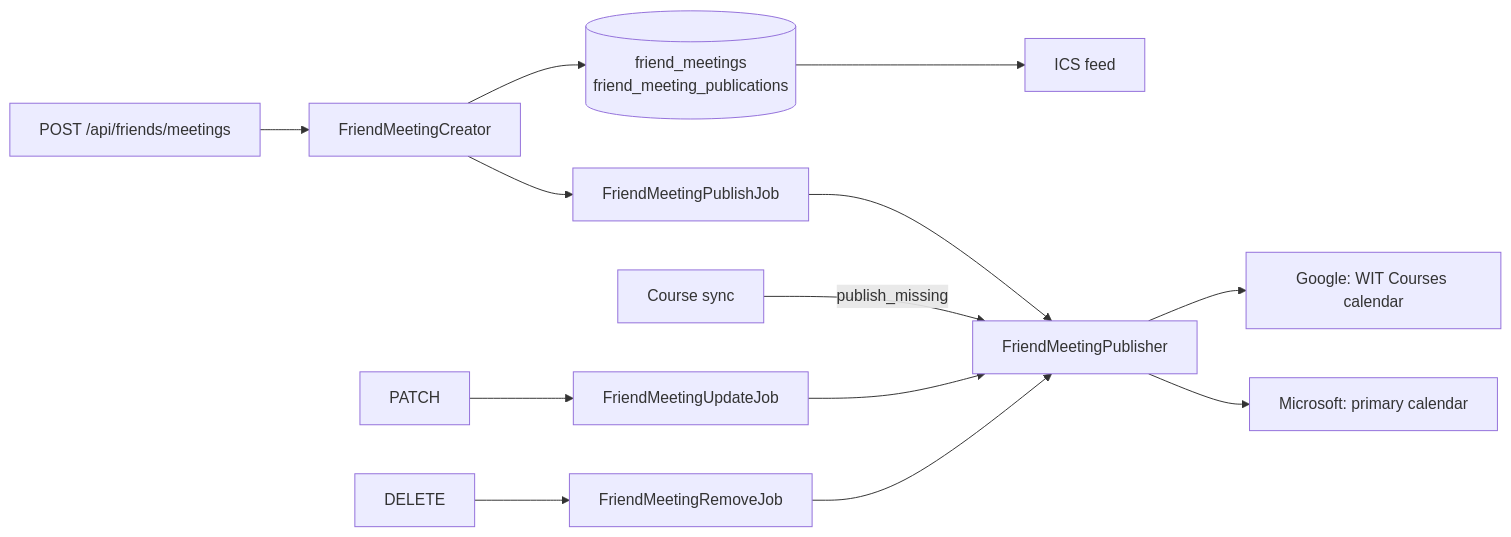
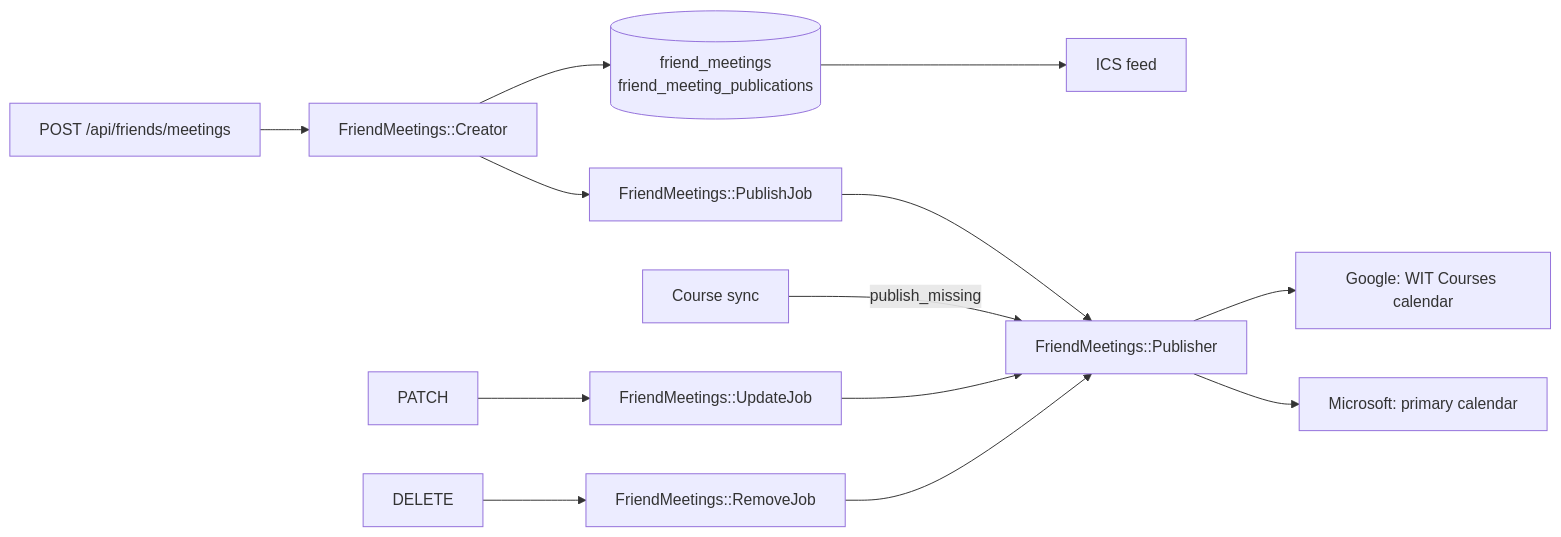
One commit to WITCodingClub/calendar-backend changed the diagram in docs/friend-meetings.md. Above: the diagram before and after it, drawn with Mermaid. The commit also changed other lines of this file and 56 other files, not shown here.

Commit message:
refactor: move friend meeting, friendship, and meeting link code into its namespace

````diff
--- a/docs/friend-meetings.md
+++ b/docs/friend-meetings.md
@@ -174,13 +174,13 @@
 ```mermaid
 flowchart LR
-  route["POST /api/friends/meetings"] --> creator[FriendMeetingCreator]
+  route["POST /api/friends/meetings"] --> creator[FriendMeetings::Creator]
   creator --> row[(friend_meetings<br/>friend_meeting_publications)]
-  creator --> job[FriendMeetingPublishJob]
-  job --> publisher[FriendMeetingPublisher]
+  creator --> job[FriendMeetings::PublishJob]
+  job --> publisher[FriendMeetings::Publisher]
   publisher --> google["Google: WIT Courses calendar"]
   publisher --> microsoft["Microsoft: primary calendar"]
   row --> ics["ICS feed"]
   sync["Course sync"] -->|publish_missing| publisher
-  patch["PATCH"] --> update[FriendMeetingUpdateJob] --> publisher
-  delete["DELETE"] --> remove[FriendMeetingRemoveJob] --> publisher
+  patch["PATCH"] --> update[FriendMeetings::UpdateJob] --> publisher
+  delete["DELETE"] --> remove[FriendMeetings::RemoveJob] --> publisher
 ```
````
